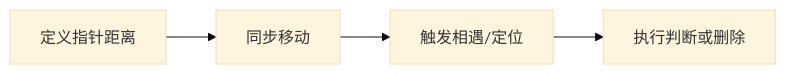
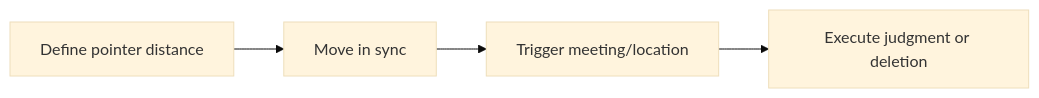
One commit to HONGLEI111/hhlblog-global changed the diagram in src/content/technology/linked-list-two-pointers.md. Above: the diagram before and after it, drawn with Mermaid (base theme). The commit also changed 33 other files, not shown here.

First line of the commit message:
content(code): 翻译 mermaid 图节点标签（34 文件 / 267 处）

````diff
--- a/src/content/technology/linked-list-two-pointers.md
+++ b/src/content/technology/linked-list-two-pointers.md
@@ -223,6 +223,6 @@
 ```mermaid
 graph LR
-    A[定义指针距离] --> B[同步移动]
-    B --> C[触发相遇/定位]
-    C --> D[执行判断或删除]
+    A[Define pointer distance] --> B[Move in sync]
+    B --> C[Trigger meeting/location]
+    C --> D[Execute judgment or deletion]
 ```
````
